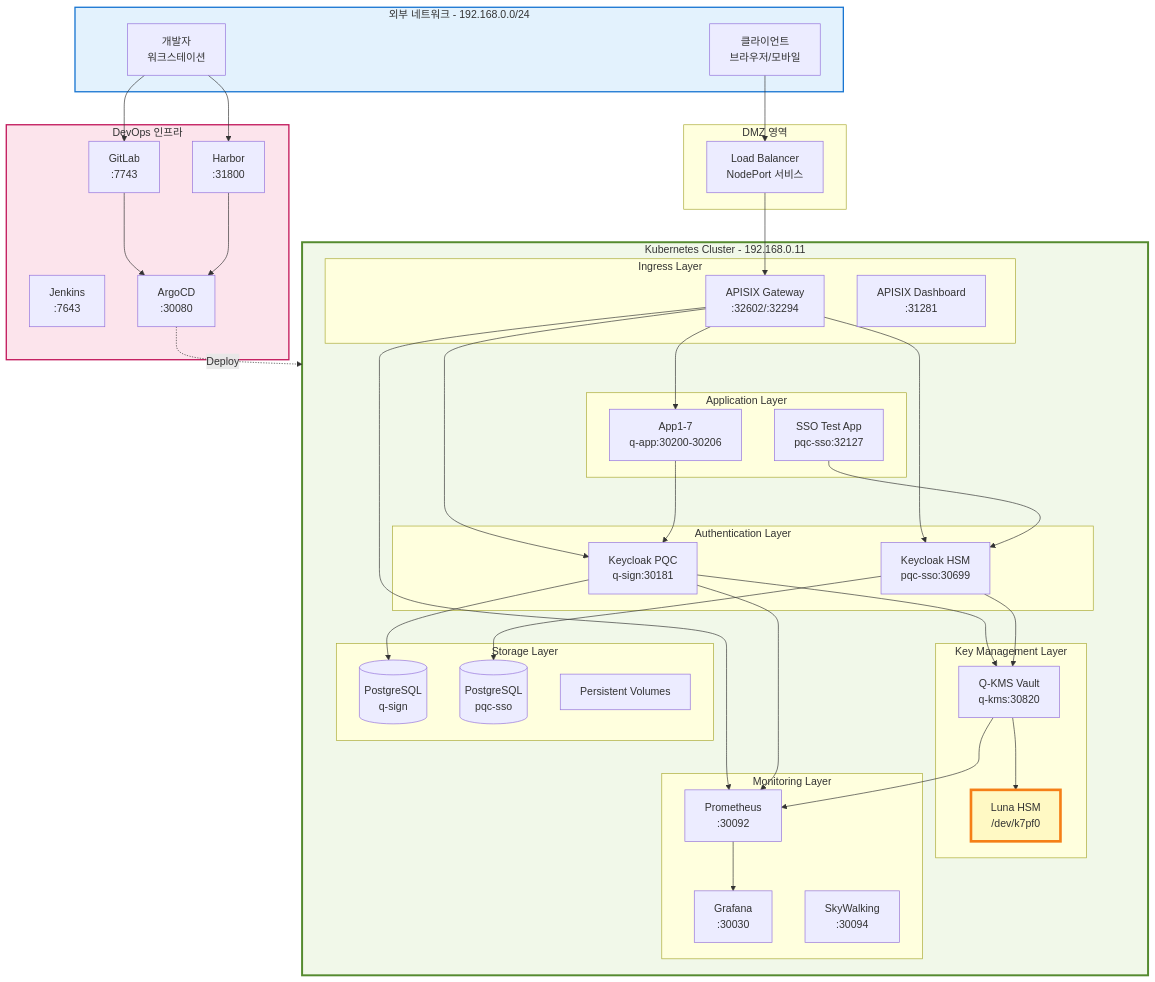
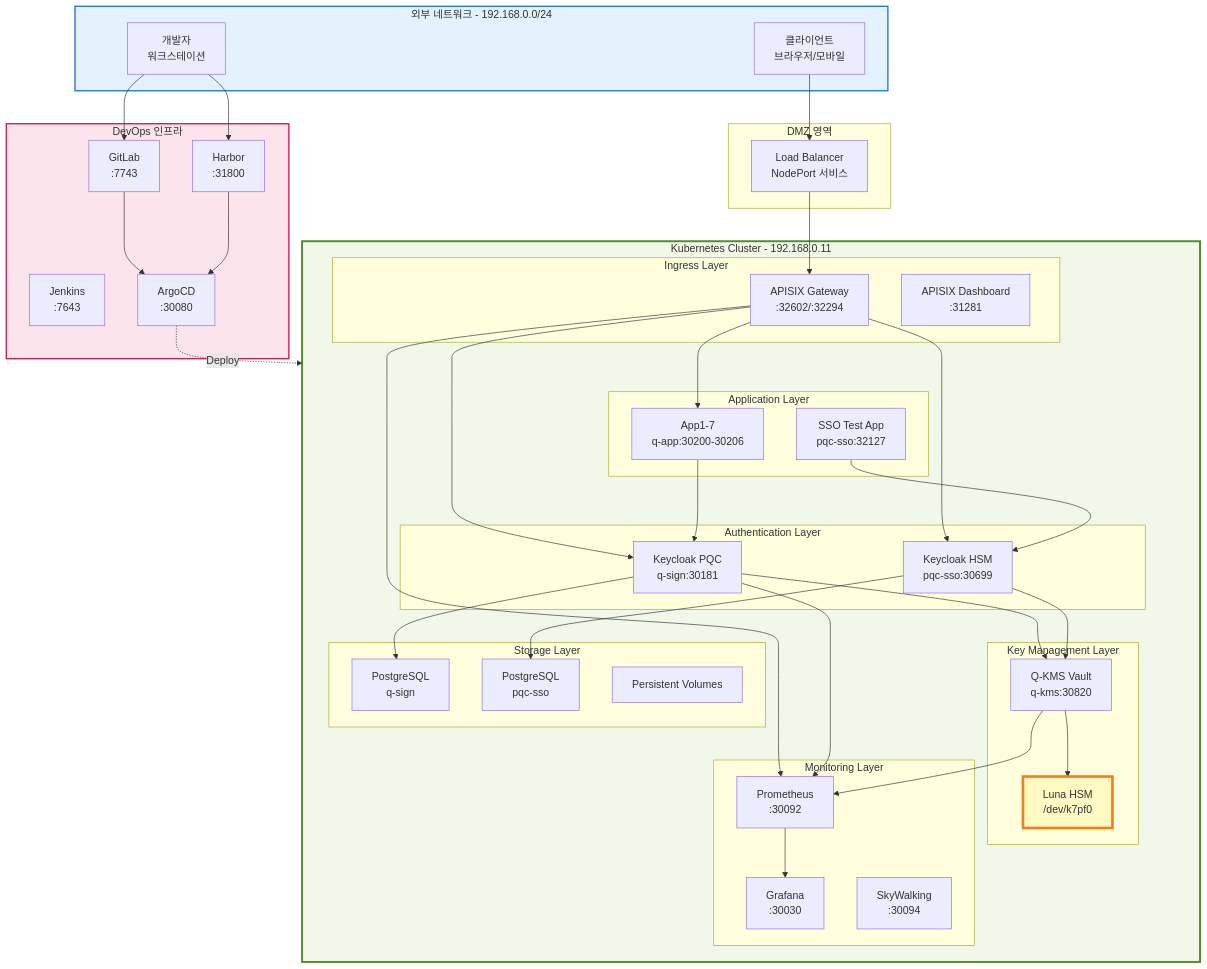
One commit to infeelchoi/q-docs changed the first of 7 diagrams in 01-architecture/NETWORK-TOPOLOGY.md. Above: the diagram before and after it, drawn with Mermaid. The commit also changed 12 other files, not shown here.

First line of the commit message:
🔧 Mermaid 다이어그램 괄호 패턴 파싱 오류 수정

```diff
--- a/01-architecture/NETWORK-TOPOLOGY.md
+++ b/01-architecture/NETWORK-TOPOLOGY.md
@@ -47,8 +47,8 @@
         end
 
         subgraph STORAGE["Storage Layer"]
-            PG1[(PostgreSQL<br/>q-sign)]
-            PG2[(PostgreSQL<br/>pqc-sso)]
+            PG1["PostgreSQL<br/>q-sign"]
+            PG2["PostgreSQL<br/>pqc-sso"]
             PV[Persistent Volumes]
         end
     end
```
